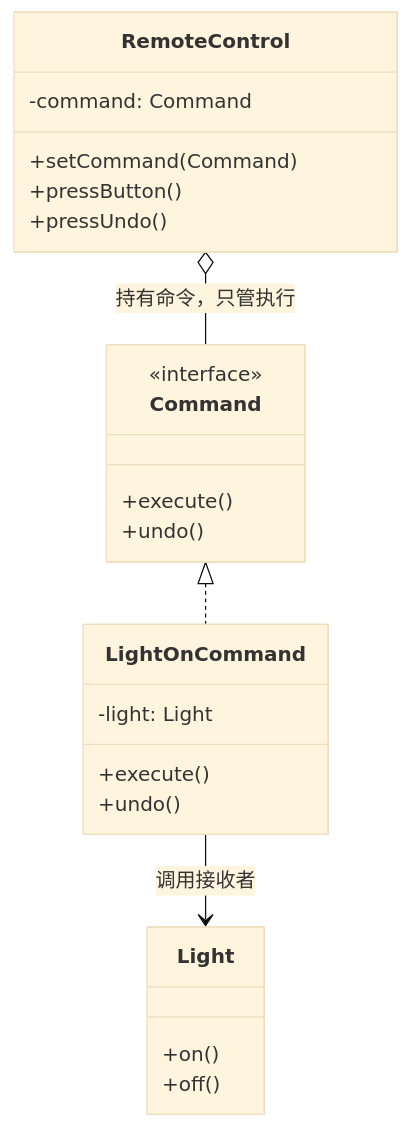
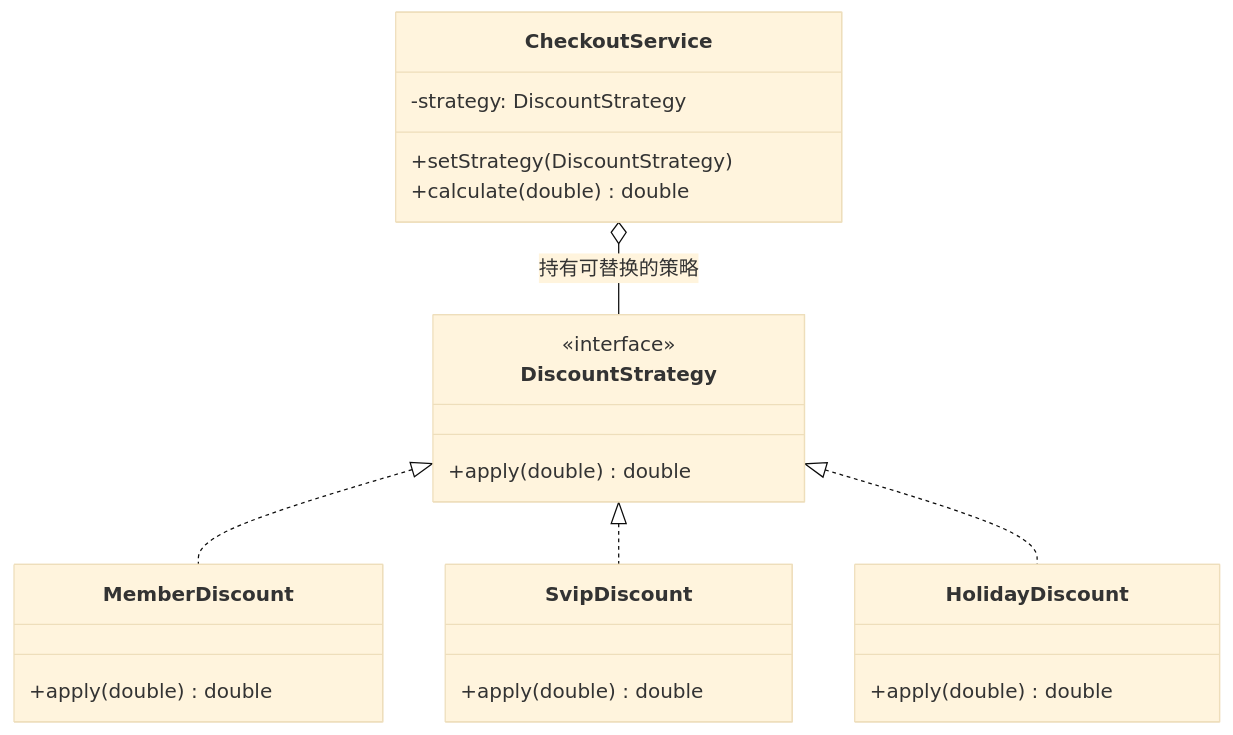
Before and after one commit to ZackKingS/Software-Design-Patterns: the diagram in chapter_14.md, drawn with Mermaid (base theme). The commit also changed other lines of this file and 27 other files, not shown here.

````diff
--- a/chapter_14.md
+++ b/chapter_14.md
@@ -96,26 +95,25 @@
 ```mermaid
 classDiagram
-    class Command {
+    class DiscountStrategy {
         <<interface>>
-        +execute()
-        +undo()
+        +apply(double) double
     }
-    class LightOnCommand {
-        -light: Light
-        +execute()
-        +undo()
+    class MemberDiscount {
+        +apply(double) double
     }
-    class Light {
-        +on()
-        +off()
+    class SvipDiscount {
+        +apply(double) double
     }
-    class RemoteControl {
-        -command: Command
-        +setCommand(Command)
-        +pressButton()
-        +pressUndo()
+    class HolidayDiscount {
+        +apply(double) double
     }
-    Command <|.. LightOnCommand
-    LightOnCommand --> Light : 调用接收者
-    RemoteControl o-- Command : 持有命令，只管执行
+    class CheckoutService {
+        -strategy: DiscountStrategy
+        +setStrategy(DiscountStrategy)
+        +calculate(double) double
+    }
+    DiscountStrategy <|.. MemberDiscount
+    DiscountStrategy <|.. SvipDiscount
+    DiscountStrategy <|.. HolidayDiscount
+    CheckoutService o-- DiscountStrategy : 持有可替换的策略
 ```
````
